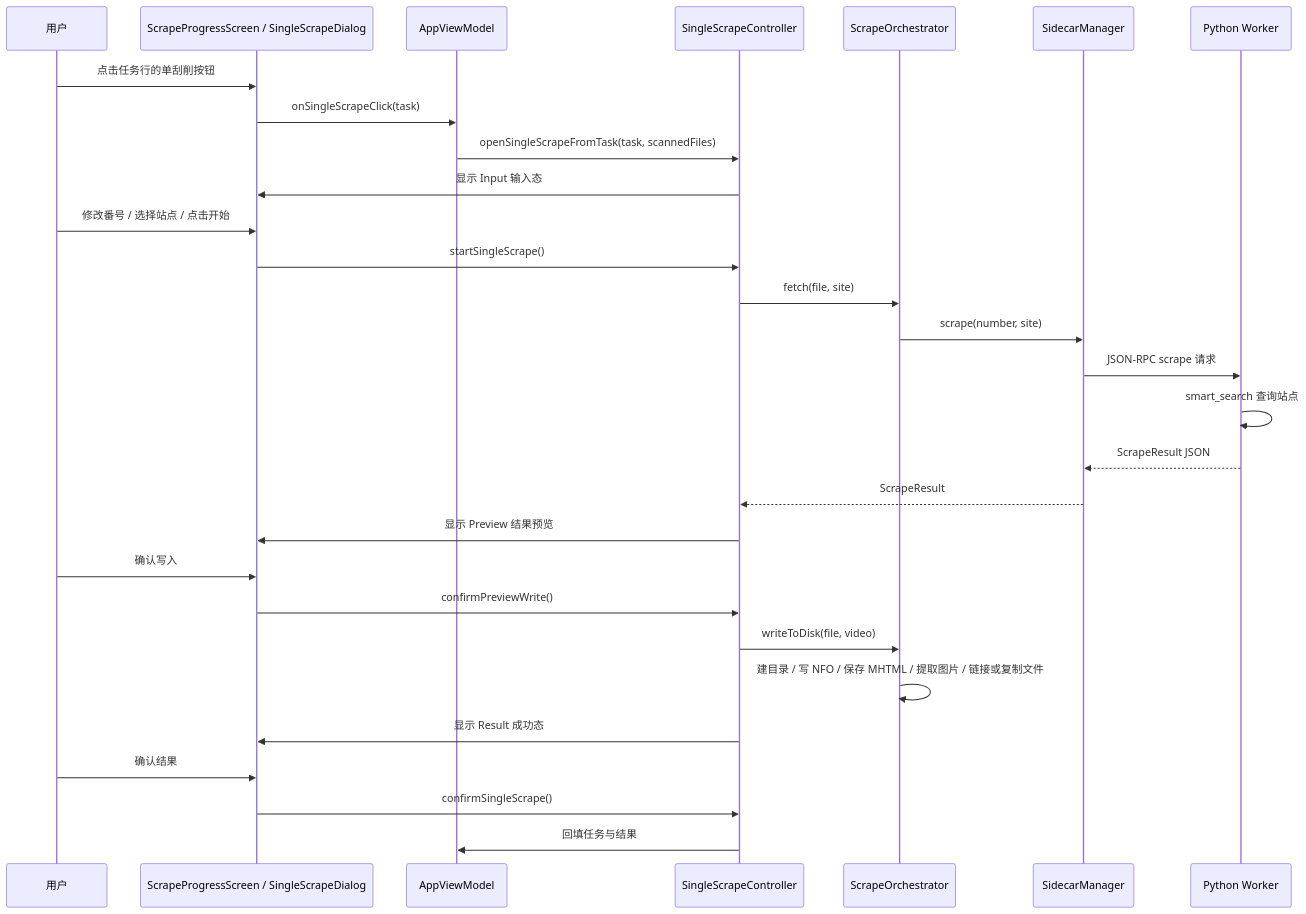
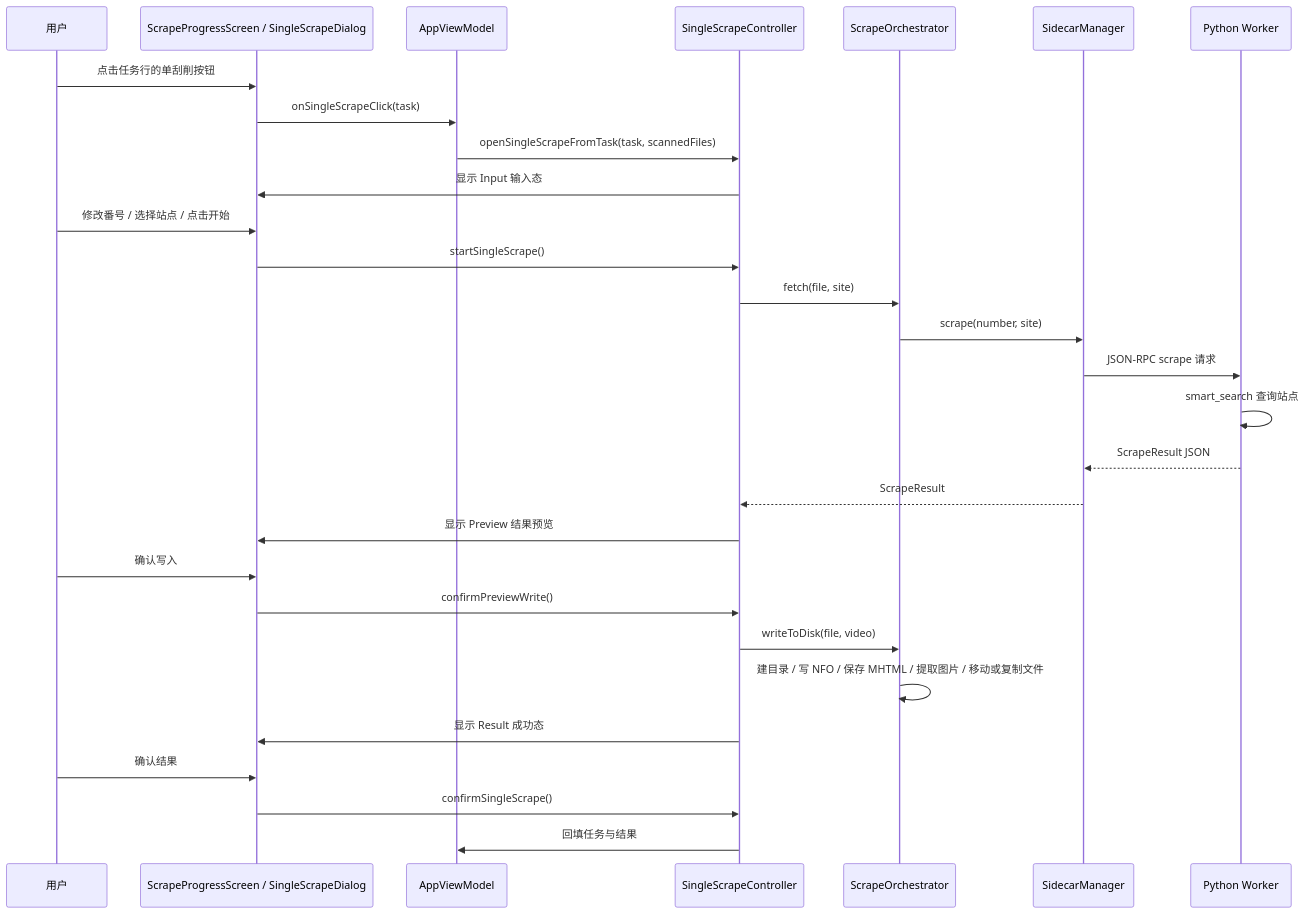
Before and after one commit to journe/JavScraper-KMP: the first of 2 diagrams in docs/single-file-scrape-flow.md, drawn with Mermaid. The commit also changed other lines of this file and 25 other files, not shown here.

````diff
--- a/docs/single-file-scrape-flow.md
+++ b/docs/single-file-scrape-flow.md
@@ -20,32 +20,32 @@
 ```mermaid
 sequenceDiagram
     participant U as 用户
     participant UI as ScrapeProgressScreen / SingleScrapeDialog
     participant VM as AppViewModel
     participant C as SingleScrapeController
     participant O as ScrapeOrchestrator
     participant S as SidecarManager
     participant W as Python Worker
 
     U->>UI: 点击任务行的单刮削按钮
     UI->>VM: onSingleScrapeClick(task)
     VM->>C: openSingleScrapeFromTask(task, scannedFiles)
     C->>UI: 显示 Input 输入态
     U->>UI: 修改番号 / 选择站点 / 点击开始
     UI->>C: startSingleScrape()
     C->>O: fetch(file, site)
     O->>S: scrape(number, site)
     S->>W: JSON-RPC scrape 请求
     W->>W: smart_search 查询站点
     W-->>S: ScrapeResult JSON
     S-->>C: ScrapeResult
     C->>UI: 显示 Preview 结果预览
     U->>UI: 确认写入
     UI->>C: confirmPreviewWrite()
     C->>O: writeToDisk(file, video)
-    O->>O: 建目录 / 写 NFO / 保存 MHTML / 提取图片 / 链接或复制文件
+    O->>O: 建目录 / 写 NFO / 保存 MHTML / 提取图片 / 移动或复制文件
     C->>UI: 显示 Result 成功态
     U->>UI: 确认结果
     UI->>C: confirmSingleScrape()
     C->>VM: 回填任务与结果
 ```
````
